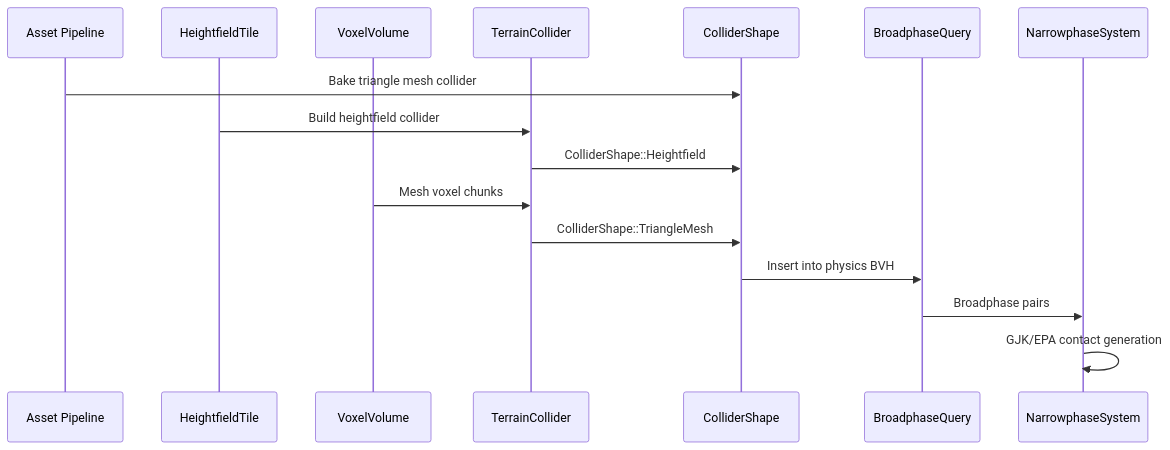
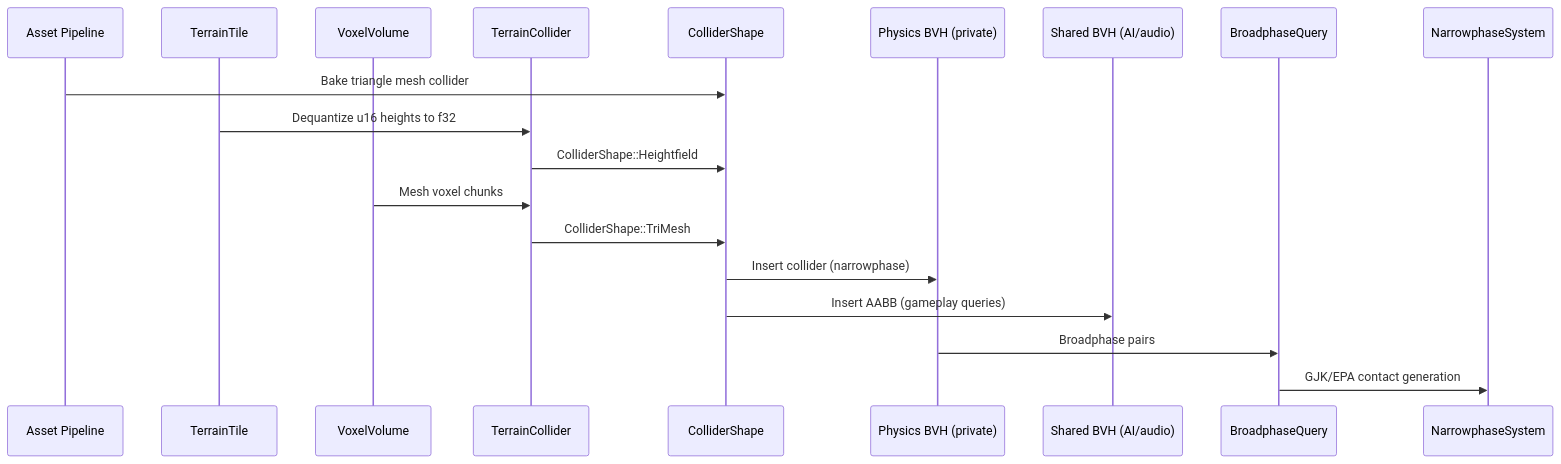
One commit to harmonius-dev/harmonius changed the diagram in docs/design/integration/physics-geometry.md. Above: the diagram before and after it, drawn with Mermaid. The commit also changed other lines of this file and 57 other files, not shown here.

````diff
--- a/docs/design/integration/physics-geometry.md
+++ b/docs/design/integration/physics-geometry.md
@@ -75,19 +118,22 @@
 ```mermaid
 sequenceDiagram
     participant AP as Asset Pipeline
-    participant HF as HeightfieldTile
+    participant TT as TerrainTile
     participant VX as VoxelVolume
     participant TC as TerrainCollider
     participant CS as ColliderShape
+    participant PB as Physics BVH (private)
+    participant SB as Shared BVH (AI/audio)
     participant BP as BroadphaseQuery
     participant NP as NarrowphaseSystem
 
     AP->>CS: Bake triangle mesh collider
-    HF->>TC: Build heightfield collider
+    TT->>TC: Dequantize u16 heights to f32
     TC->>CS: ColliderShape::Heightfield
     VX->>TC: Mesh voxel chunks
-    TC->>CS: ColliderShape::TriangleMesh
-    CS->>BP: Insert into physics BVH
-    BP->>NP: Broadphase pairs
-    NP->>NP: GJK/EPA contact generation
+    TC->>CS: ColliderShape::TriMesh
+    CS->>PB: Insert collider (narrowphase)
+    CS->>SB: Insert AABB (gameplay queries)
+    PB->>BP: Broadphase pairs
+    BP->>NP: GJK/EPA contact generation
 ```
````
